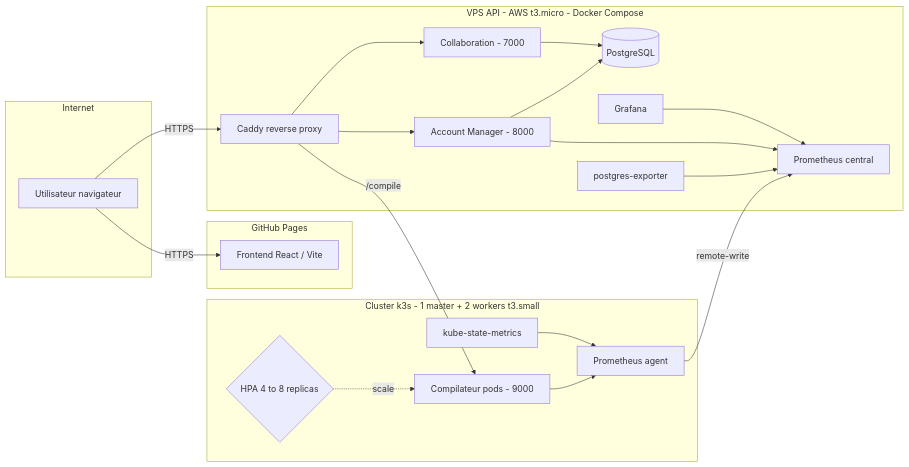
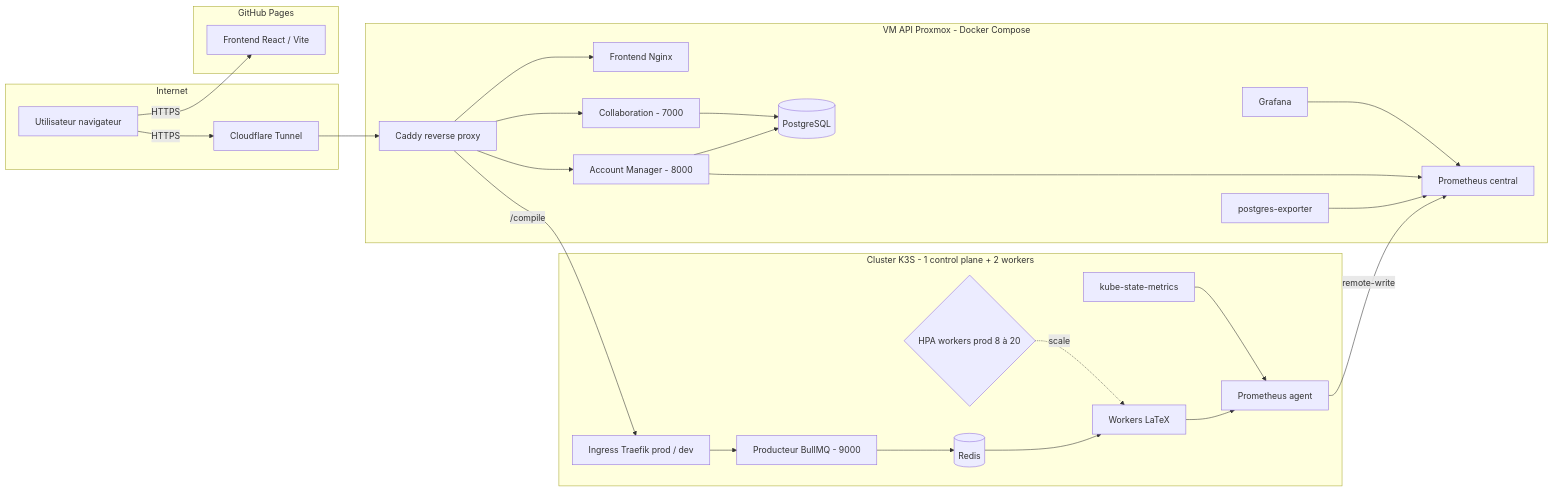
One commit to OpenLaTeX/openlatex.github.io changed the diagram in README.md. Above: the diagram before and after it, drawn with Mermaid. The commit also changed other lines of this file and 4 other files, not shown here.

````diff
--- a/README.md
+++ b/README.md
@@ -56,38 +58,48 @@
 ```mermaid
 flowchart LR
     subgraph Internet
       U[Utilisateur navigateur]
+      Tunnel[Cloudflare Tunnel]
     end
     subgraph GHPages[GitHub Pages]
-      FE[Frontend React / Vite]
+      FEPages[Frontend React / Vite]
     end
-    subgraph VPS[VPS API - AWS t3.micro - Docker Compose]
+    subgraph API[VM API Proxmox - Docker Compose]
       Caddy[Caddy reverse proxy]
+      FECompose[Frontend Nginx]
       AM[Account Manager - 8000]
       Collab[Collaboration - 7000]
       PG[(PostgreSQL)]
       Prom[Prometheus central]
       Graf[Grafana]
       PGE[postgres-exporter]
     end
-    subgraph K3S[Cluster k3s - 1 master + 2 workers t3.small]
-      HPA{HPA 4 to 8 replicas}
-      Comp[Compilateur pods - 9000]
+    subgraph K3S[Cluster K3S - 1 control plane + 2 workers]
+      Ingress[Ingress Traefik prod / dev]
+      Producer[Producteur BullMQ - 9000]
+      Redis[(Redis)]
+      HPA{HPA workers prod 8 à 20}
+      Comp[Workers LaTeX]
       PromAgent[Prometheus agent]
       KSM[kube-state-metrics]
     end
-    U -->|HTTPS| FE
-    U -->|HTTPS| Caddy
+    U -->|HTTPS| FEPages
+    U -->|HTTPS| Tunnel
+    Tunnel --> Caddy
+    Caddy --> FECompose
     Caddy --> AM
     Caddy --> Collab
-    Caddy -->|/compile| Comp
+    Caddy -->|/compile| Ingress
+    Ingress --> Producer
+    Producer --> Redis
+    Redis --> Comp
     AM --> PG
     Collab --> PG
     HPA -.scale.-> Comp
     PromAgent -->|remote-write| Prom
     PGE --> Prom
     AM --> Prom
     Comp --> PromAgent
     KSM --> PromAgent
     Graf --> Prom
 ```
````
